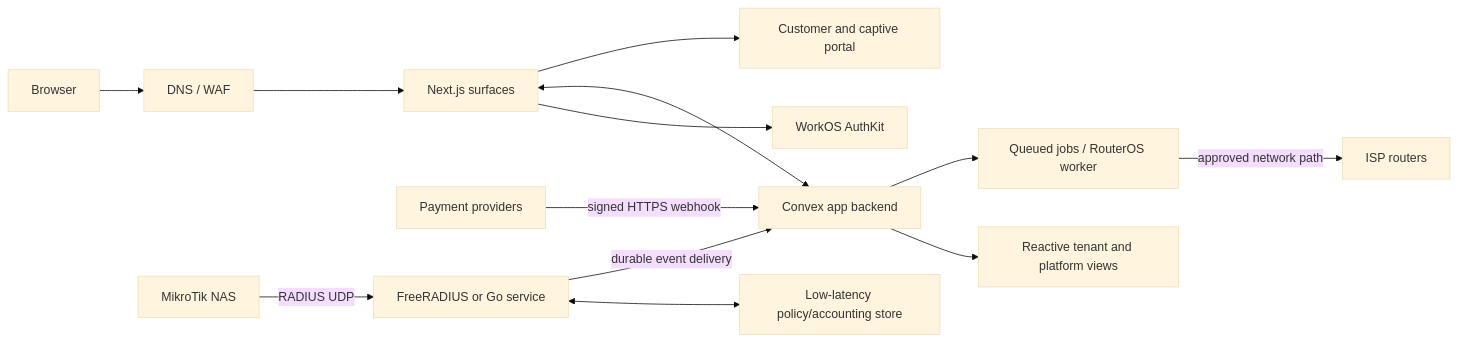
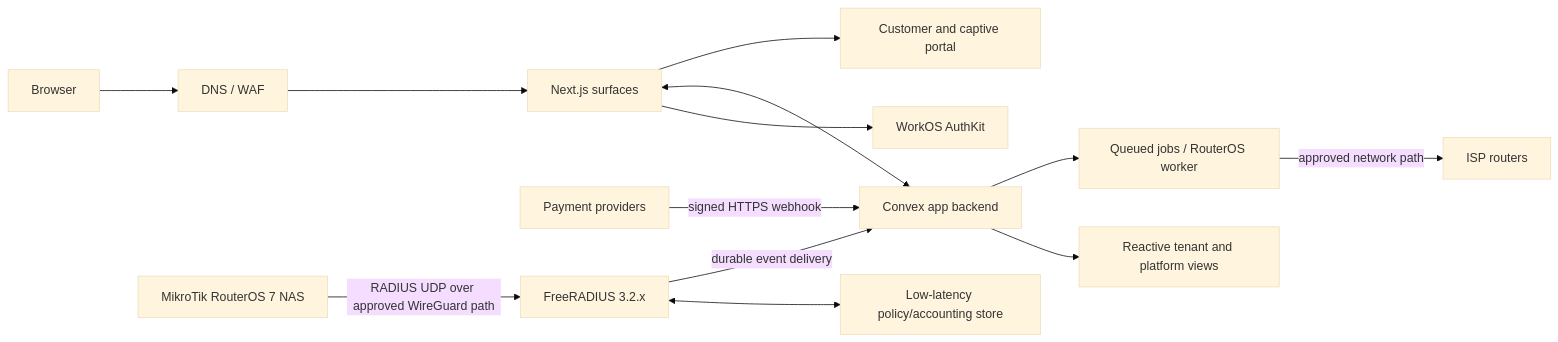
The first of 4 diagrams in docs/TECHNICAL-SPECIFICATION.md (mylescorp/mylesnet), drawn with Mermaid (base theme) before and after one commit. The commit also changed other lines of this file and 8 other files, not shown here.

````diff
--- a/docs/TECHNICAL-SPECIFICATION.md
+++ b/docs/TECHNICAL-SPECIFICATION.md
@@ -84,15 +86,15 @@
 ```mermaid
 flowchart LR
   B[Browser] --> EDGE[DNS / WAF]
   EDGE --> NX[Next.js surfaces]
   NX --> WOS[WorkOS AuthKit]
   NX <--> CVX[Convex app backend]
   CVX --> LIVE[Reactive tenant and platform views]
   PAY[Payment providers] -->|signed HTTPS webhook| CVX
-  NAS[MikroTik NAS] -->|RADIUS UDP| RAD[FreeRADIUS or Go service]
+  NAS[MikroTik RouterOS 7 NAS] -->|RADIUS UDP over approved WireGuard path| RAD[FreeRADIUS 3.2.x]
   RAD <--> POLICY[Low-latency policy/accounting store]
   RAD -->|durable event delivery| CVX
   CVX --> JOBS[Queued jobs / RouterOS worker]
   JOBS -->|approved network path| ROUTERS[ISP routers]
   NX --> PORTAL[Customer and captive portal]
 ```
````
